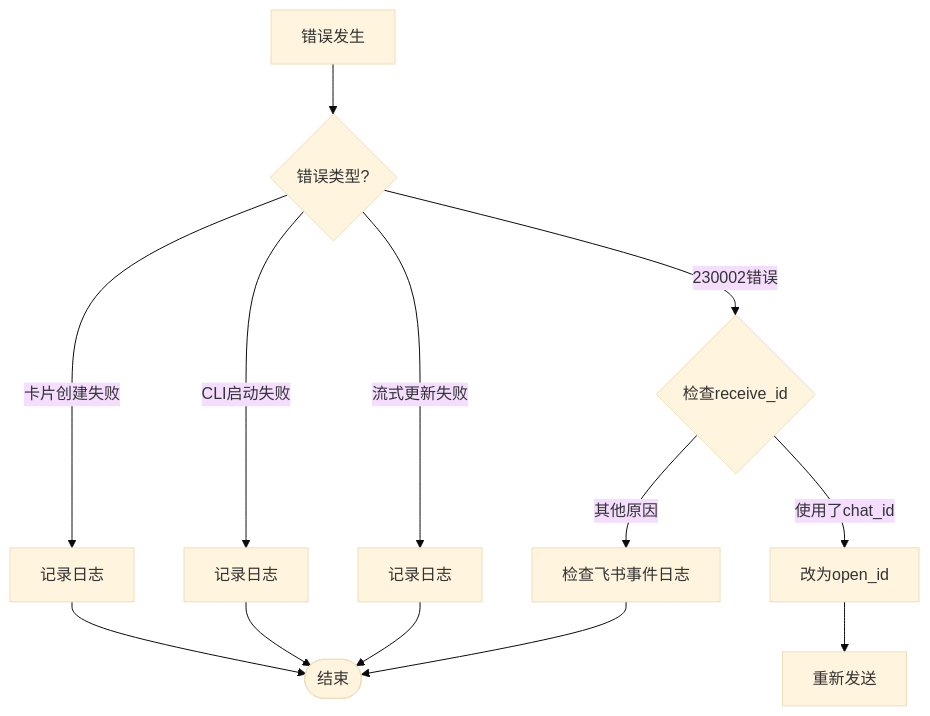
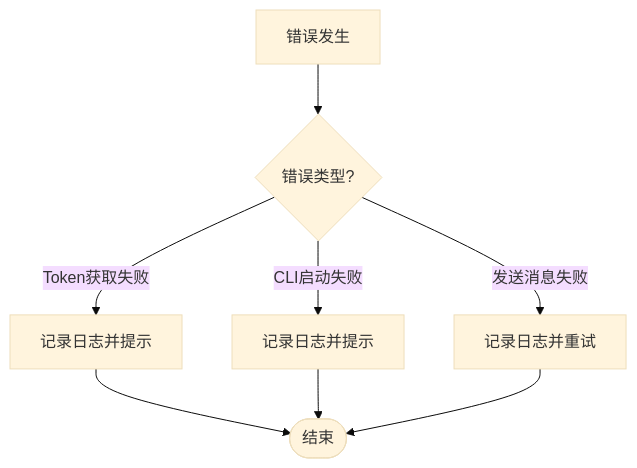
One commit to whysmx/feishu-bot changed the third of 3 diagrams in docs/flowchart.md. Above: the diagram before and after it, drawn with Mermaid (base theme). The commit also changed other lines of this file and 11 other files, not shown here.

````diff
--- a/docs/flowchart.md
+++ b/docs/flowchart.md
@@ -141,18 +117,12 @@
 ```mermaid
 flowchart TD
     Error[错误发生] --> ErrorType{错误类型?}
 
-    ErrorType -->|卡片创建失败| Log1[记录日志]
-    ErrorType -->|CLI启动失败| Log2[记录日志]
-    ErrorType -->|流式更新失败| Log3[记录日志]
-    ErrorType -->|230002错误| Check{检查receive_id}
-
-    Check -->|使用了chat_id| Fix[改为open_id]
-    Check -->|其他原因| Debug[检查飞书事件日志]
+    ErrorType -->|Token获取失败| Log1[记录日志并提示]
+    ErrorType -->|CLI启动失败| Log2[记录日志并提示]
+    ErrorType -->|发送消息失败| Log3[记录日志并重试]
 
     Log1 --> End([结束])
     Log2 --> End
     Log3 --> End
-    Fix --> Retry[重新发送]
-    Debug --> End
 ```
````
